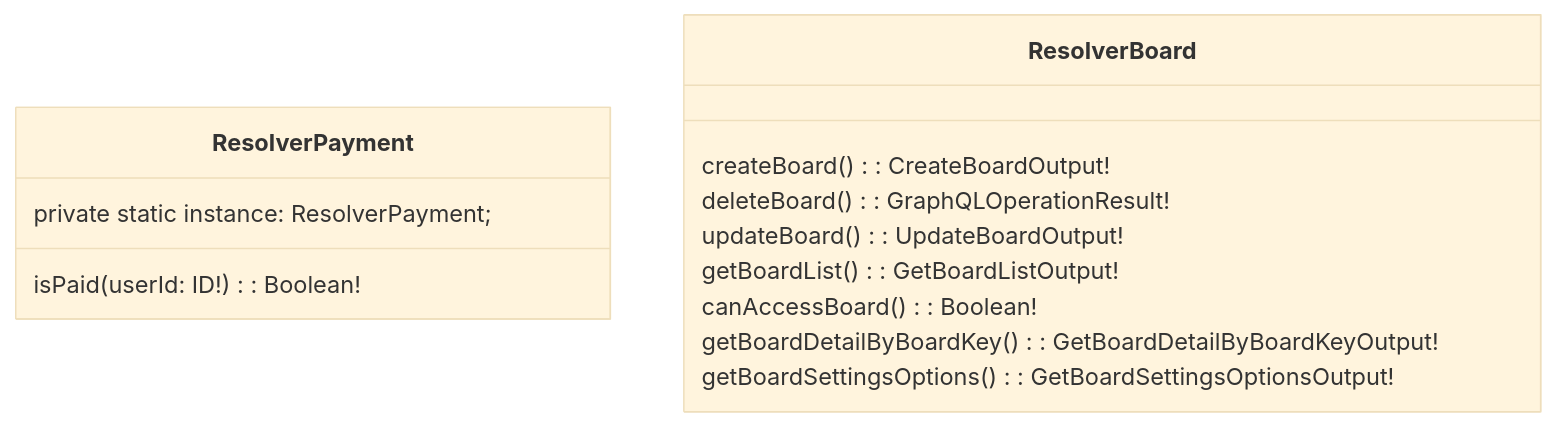
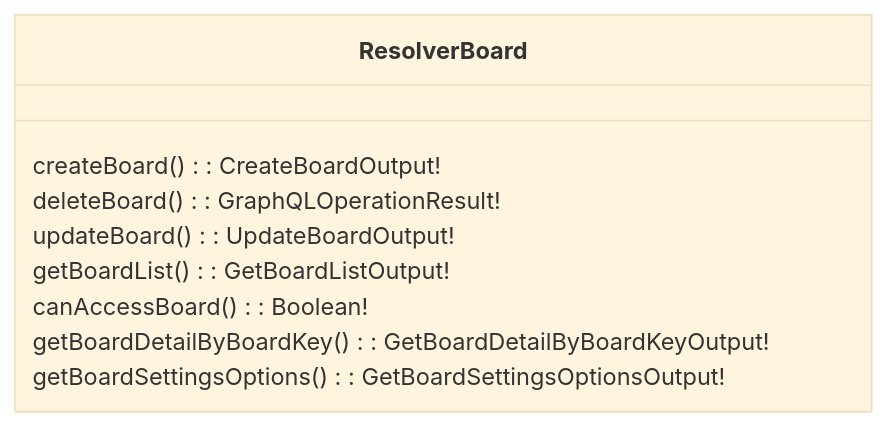
Before and after one commit to shp7408/career-wbs: the second of 5 diagrams in WBS-shp7408-02.md, drawn with Mermaid (base theme). The commit also changed other lines of this file and 1 other file, not shown here.

````diff
--- a/WBS-shp7408-02.md
+++ b/WBS-shp7408-02.md
@@ -54,19 +56,13 @@
 ```mermaid
 classDiagram
-
-class ResolverPayment {
-  private static instance: ResolverPayment;
-
-  isPaid(userId: ID!) : Boolean!
-}
 
 class ResolverBoard {
   createBoard() : CreateBoardOutput!
   deleteBoard() : GraphQLOperationResult!
   updateBoard() : UpdateBoardOutput!
   getBoardList() : GetBoardListOutput!
   canAccessBoard() : Boolean!
   getBoardDetailByBoardKey(): GetBoardDetailByBoardKeyOutput!
   getBoardSettingsOptions(): GetBoardSettingsOptionsOutput!
 }
 ```
````
